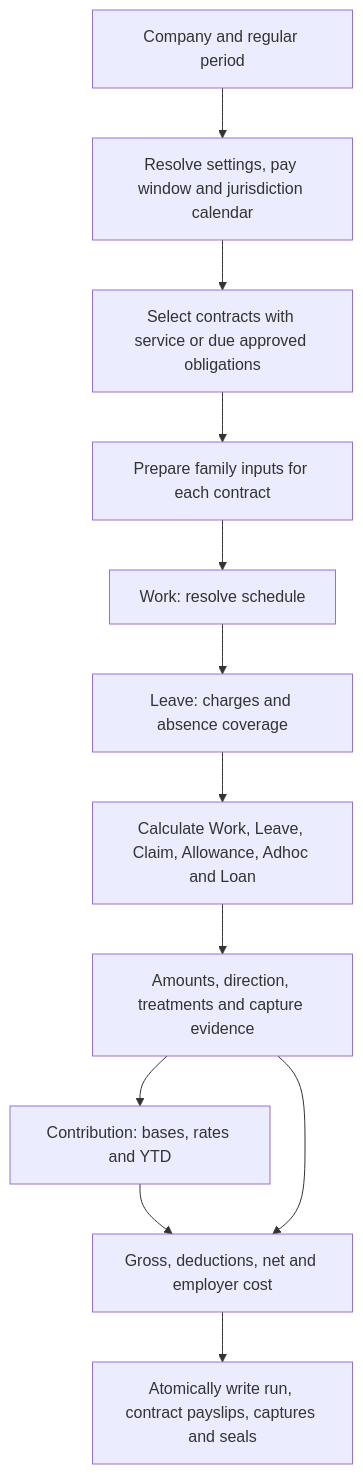
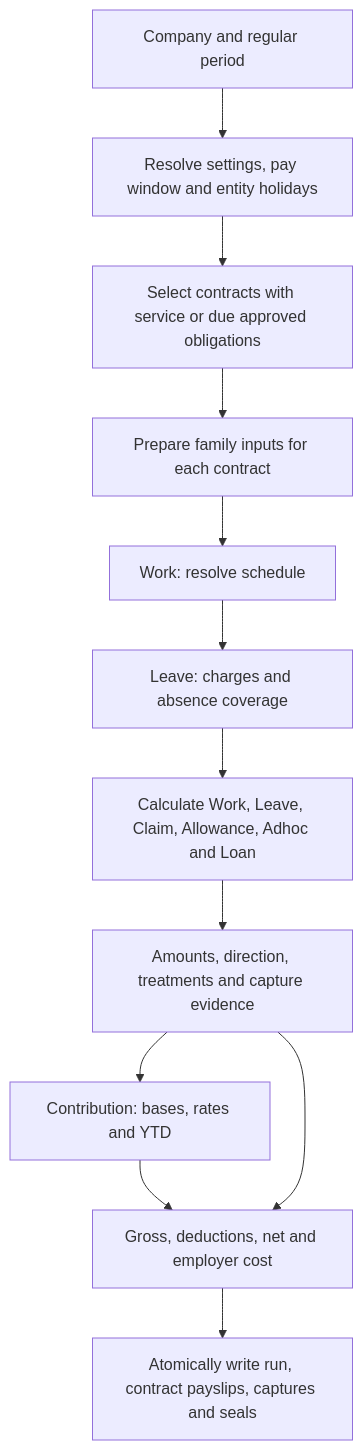
One commit to norbital-ai/templates changed the first of 2 diagrams in hr-payroll/docs/architecture.md. Above: the diagram before and after it, drawn with Mermaid. The commit also changed other lines of this file and 22 other files, not shown here.

````diff
--- a/hr-payroll/docs/architecture.md
+++ b/hr-payroll/docs/architecture.md
@@ -109,14 +120,14 @@
 ```mermaid
 flowchart TD
-    Request[Company and regular period] --> Context[Resolve settings, pay window and jurisdiction calendar]
+    Request[Company and regular period] --> Context[Resolve settings, pay window and entity holidays]
     Context --> Contracts[Select contracts with service or due approved obligations]
     Contracts --> Prepare[Prepare family inputs for each contract]
     Prepare --> Work[Work: resolve schedule]
     Work --> Leave[Leave: charges and absence coverage]
     Leave --> Calculate[Calculate Work, Leave, Claim, Allowance, Adhoc and Loan]
     Calculate --> Results[Amounts, direction, treatments and capture evidence]
     Results --> Contribution[Contribution: bases, rates and YTD]
     Contribution --> Settle[Gross, deductions, net and employer cost]
     Results --> Settle
     Settle --> Commit[Atomically write run, contract payslips, captures and seals]
 ```
````
